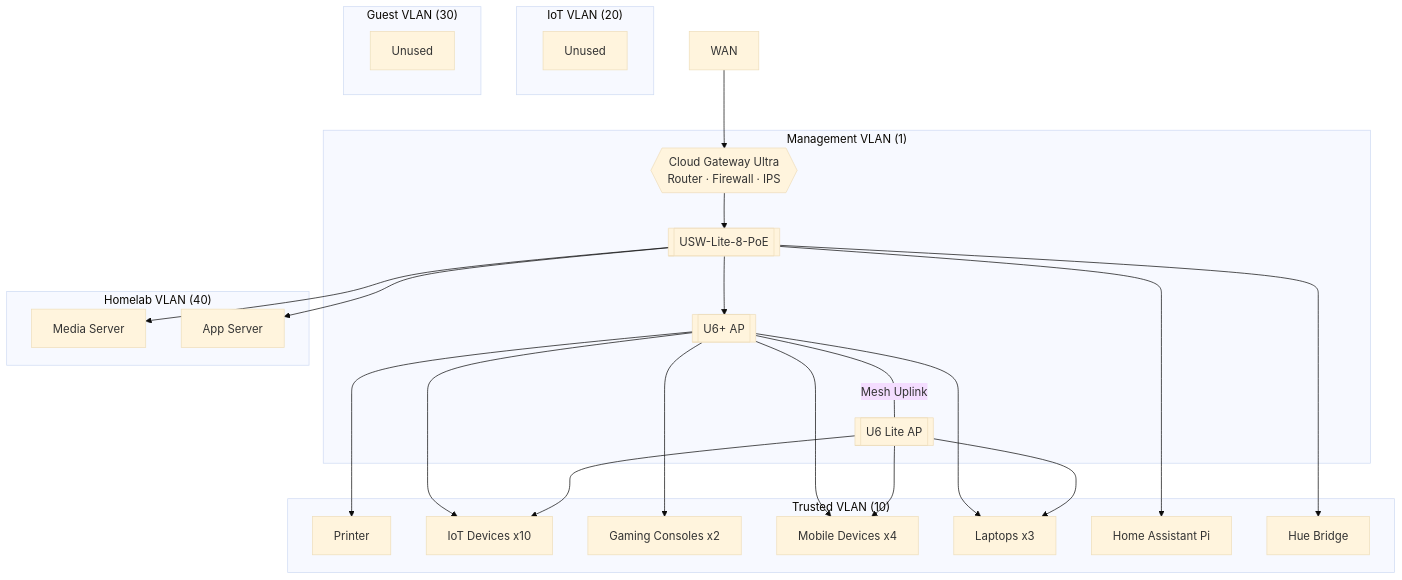
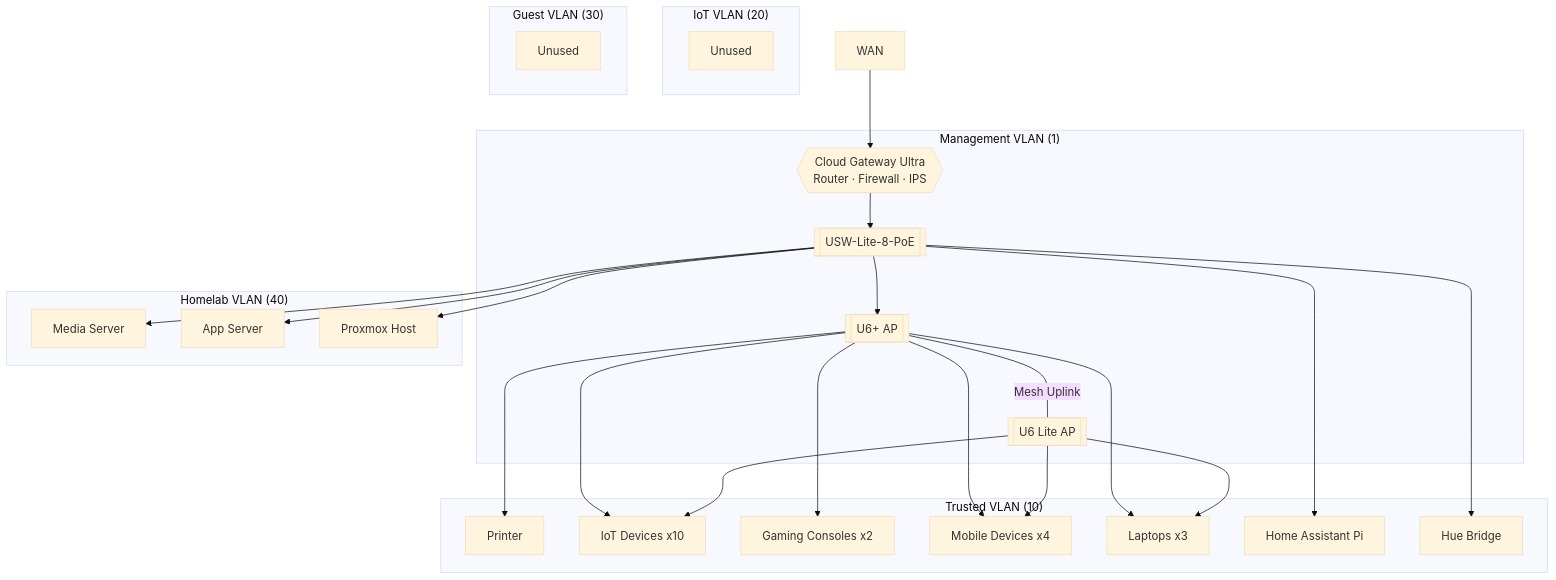
Before and after one commit to emilio-ovalles/homelab-public: the diagram in README.md, drawn with Mermaid (base theme). The commit also changed other lines of this file and 4 other files, not shown here.

````diff
--- a/README.md
+++ b/README.md
@@ -12,51 +12,53 @@
 ```mermaid
 flowchart TD
     wan[WAN]
     
     subgraph mgmt["Management VLAN (1)"]
         cgu{{Cloud Gateway Ultra <br/> Router · Firewall · IPS}}
         switch[[USW-Lite-8-PoE]]
         ap1[[U6+ AP]]
         ap2[[U6 Lite AP]]
     end
 
     subgraph trustedvlan["Trusted VLAN (10)"]
         printer[Printer]
         iot[IoT Devices x10]
         gaming[Gaming Consoles x2]
         mobile[Mobile Devices x4]
         laptops[Laptops x3]
         ha[Home Assistant Pi]
         hue[Hue Bridge]
     end
 
     subgraph iotvlan["IoT VLAN (20)"]
         iotempty[Unused]
     end
 
     subgraph guestvlan["Guest VLAN (30)"]
         guestempty[Unused]
     end
 
     subgraph homelabvlan["Homelab VLAN (40)"]
         air[Media Server]
         pro[App Server]
+        pve[Proxmox Host]
     end
 
     wan --> cgu
     cgu --> switch
     switch --> ap1
     switch --> hue
     switch --> ha
     switch --> air
     switch --> pro
+    switch --> pve
     ap1 --- |Mesh Uplink| ap2
     ap1 --> printer
     ap1 --> iot
     ap1 --> gaming
     ap1 --> mobile
     ap1 --> laptops
     ap2 --> iot
     ap2 --> mobile
     ap2 --> laptops
 ```
````
